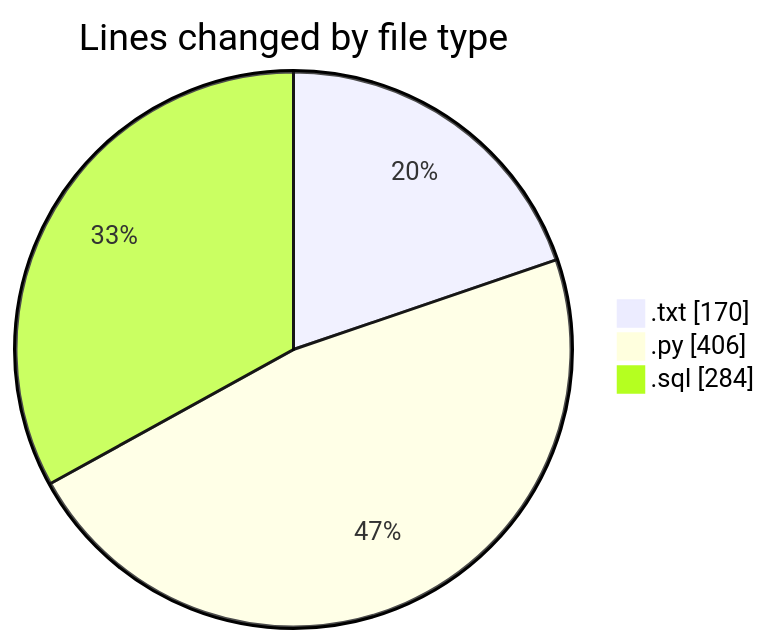
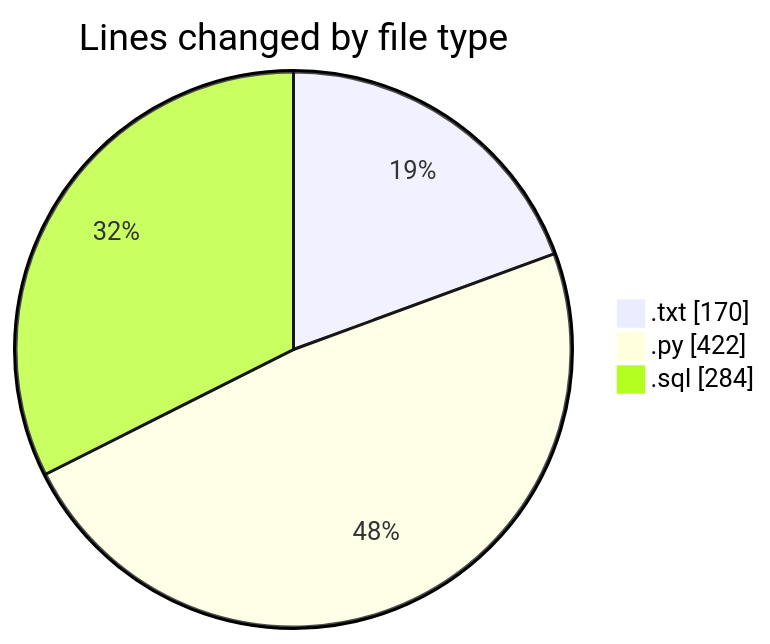
Before and after one commit to lephambinh05/code-tracking: the first of 2 diagrams in 2025-09-16/datanv/README.md, drawn with Mermaid. The commit also changed other lines of this file and 1 other file, not shown here.

````diff
--- a/2025-09-16/datanv/README.md
+++ b/2025-09-16/datanv/README.md
@@ -25,7 +25,7 @@
 ```mermaid
 pie showData
 title Lines changed by file type
 ".txt" : 170
-".py" : 406
+".py" : 422
 ".sql" : 284
 ```
````
